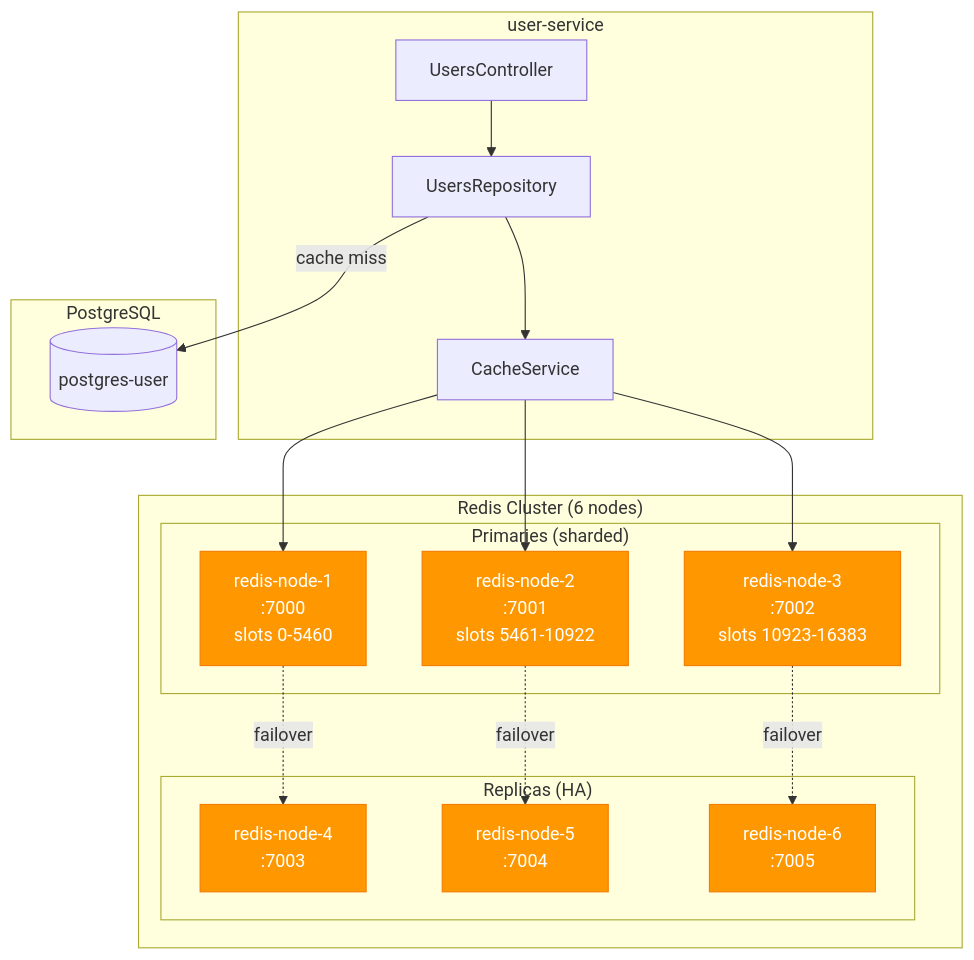
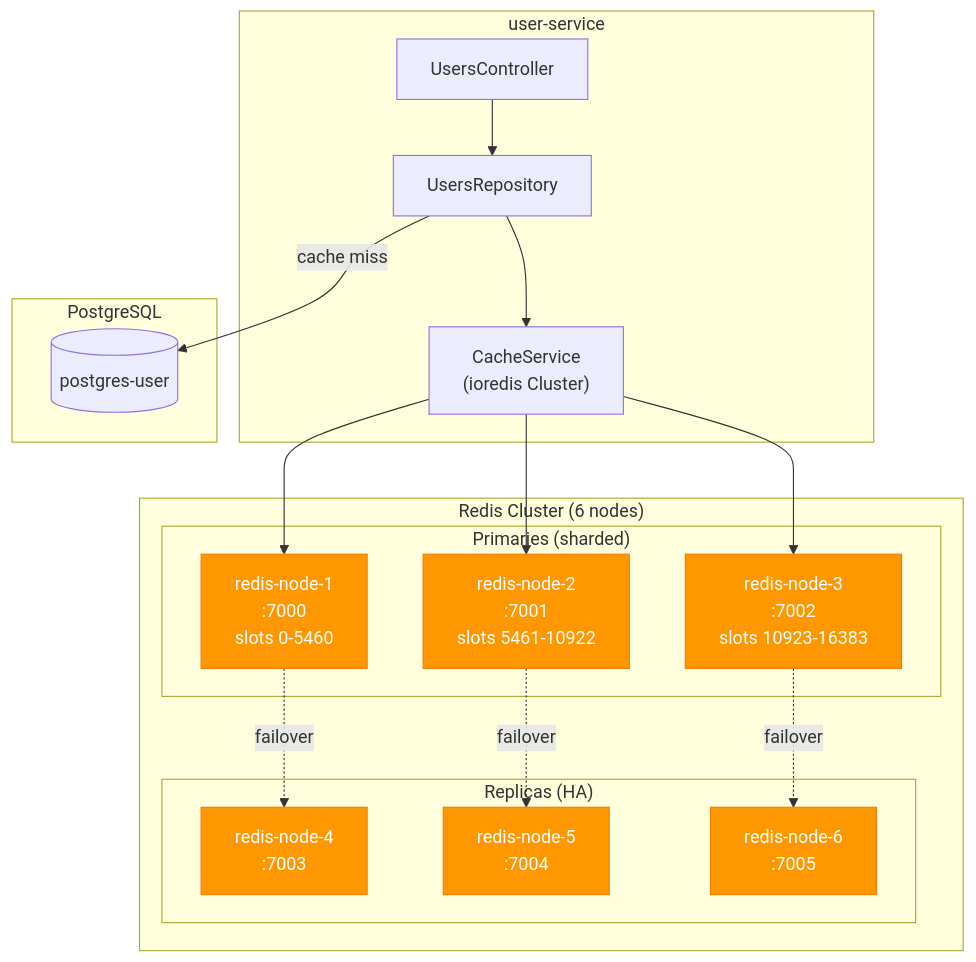
Before and after one commit to dieuxuanhien/uit-go-se360: the fourth of 8 diagrams in Deliverables/ADR/CURRENT-ARCHITECTURE-DIAGRAM.md, drawn with Mermaid. The commit also changed other lines of this file, not shown here.

Commit message:
update diagram

````diff
--- a/Deliverables/ADR/CURRENT-ARCHITECTURE-DIAGRAM.md
+++ b/Deliverables/ADR/CURRENT-ARCHITECTURE-DIAGRAM.md
@@ -244,40 +254,40 @@
 ```mermaid
 flowchart TB
     subgraph UserService["user-service"]
         US["UsersController"]
         UR["UsersRepository"]
-        CS["CacheService"]
+        CS["CacheService<br/>(ioredis Cluster)"]
     end
 
     subgraph RedisCluster["Redis Cluster (6 nodes)"]
         subgraph Primaries["Primaries (sharded)"]
             R1["redis-node-1<br/>:7000<br/>slots 0-5460"]
             R2["redis-node-2<br/>:7001<br/>slots 5461-10922"]
             R3["redis-node-3<br/>:7002<br/>slots 10923-16383"]
         end
         subgraph Replicas["Replicas (HA)"]
             R4["redis-node-4<br/>:7003"]
             R5["redis-node-5<br/>:7004"]
             R6["redis-node-6<br/>:7005"]
         end
     end
 
     subgraph Database["PostgreSQL"]
         DB[(postgres-user)]
     end
 
     US --> UR
     UR --> CS
     CS --> R1
     CS --> R2
     CS --> R3
 
     R1 -.->|failover| R4
     R2 -.->|failover| R5
     R3 -.->|failover| R6
 
     UR -->|cache miss| DB
 
     classDef cache fill:#FF9800,stroke:#F57C00,color:white
     class R1,R2,R3,R4,R5,R6 cache
 ```
````
